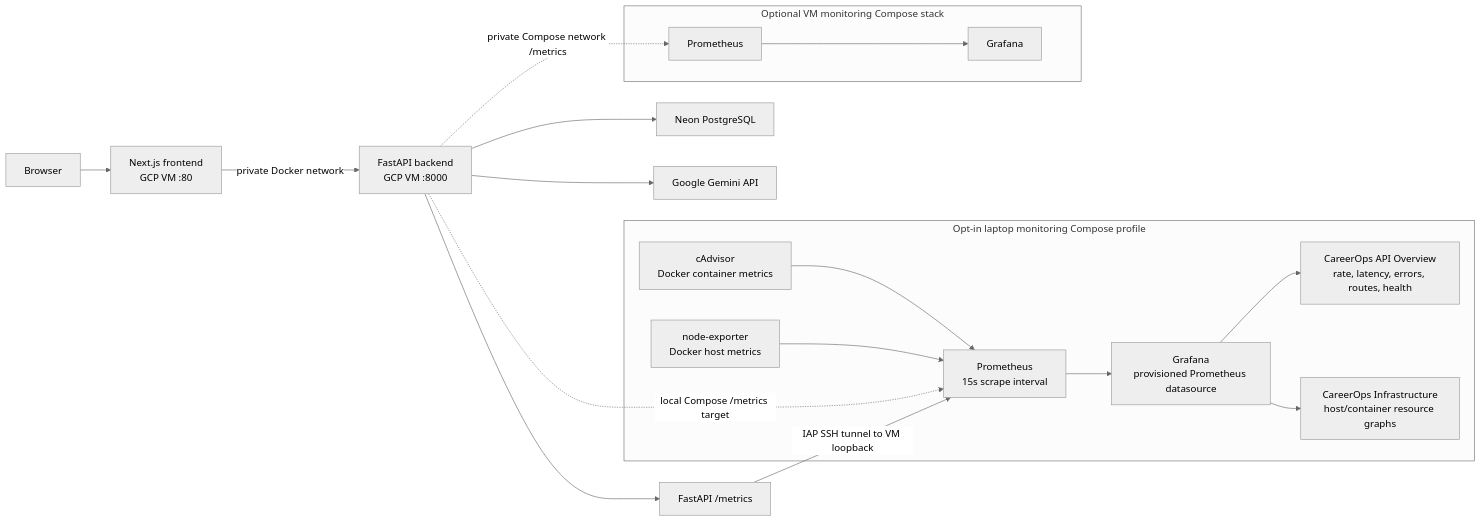
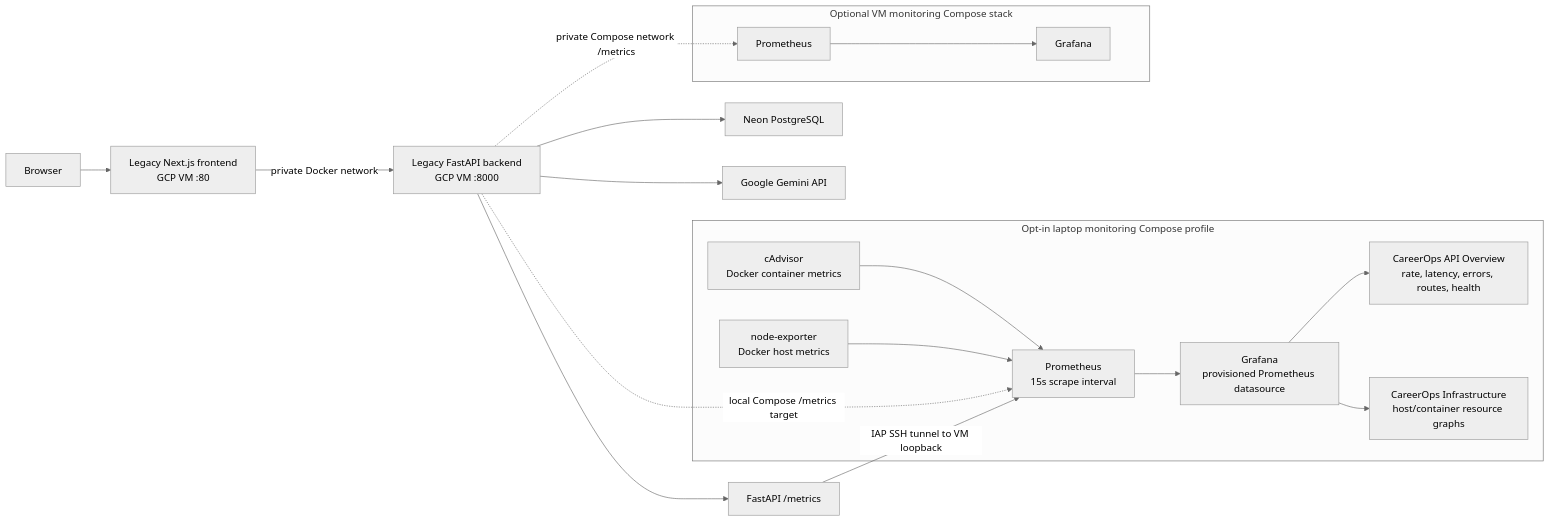
The second of 3 diagrams in docs/architecture.md (Ssaiyajin/careerops), drawn with Mermaid (neutral theme) before and after one commit. The commit also changed other lines of this file and 8 other files, not shown here.

````diff
--- a/docs/architecture.md
+++ b/docs/architecture.md
@@ -45,31 +41,31 @@
 ```mermaid
 flowchart LR
-    Browser["Browser"] --> Frontend["Next.js frontend<br/>GCP VM :80"]
-    Frontend -->|"private Docker network"| Backend["FastAPI backend<br/>GCP VM :8000"]
+    Browser["Browser"] --> Frontend["Legacy Next.js frontend<br/>GCP VM :80"]
+    Frontend -->|"private Docker network"| Backend["Legacy FastAPI backend<br/>GCP VM :8000"]
     Backend --> Neon["Neon PostgreSQL"]
     Backend --> Gemini["Google Gemini API"]
     Backend --> Metrics["FastAPI /metrics"]
 
     subgraph Laptop["Opt-in laptop monitoring Compose profile"]
         LocalPrometheus["Prometheus<br/>15s scrape interval"]
         Grafana["Grafana<br/>provisioned Prometheus datasource"]
         CAdvisor["cAdvisor<br/>Docker container metrics"]
         NodeExporter["node-exporter<br/>Docker host metrics"]
         ApiDashboard["CareerOps API Overview<br/>rate, latency, errors, routes, health"]
         InfraDashboard["CareerOps Infrastructure<br/>host/container resource graphs"]
         CAdvisor --> LocalPrometheus
         NodeExporter --> LocalPrometheus
         LocalPrometheus --> Grafana
         Grafana --> ApiDashboard
         Grafana --> InfraDashboard
     end
     Backend -. "local Compose /metrics target" .-> LocalPrometheus
     Metrics -->|"IAP SSH tunnel to VM loopback"| LocalPrometheus
 
     subgraph VMMonitoring["Optional VM monitoring Compose stack"]
         VmPrometheus["Prometheus"]
         VmGrafana["Grafana"]
         VmPrometheus --> VmGrafana
     end
     Backend -. "private Compose network /metrics" .-> VmPrometheus
 ```
````
